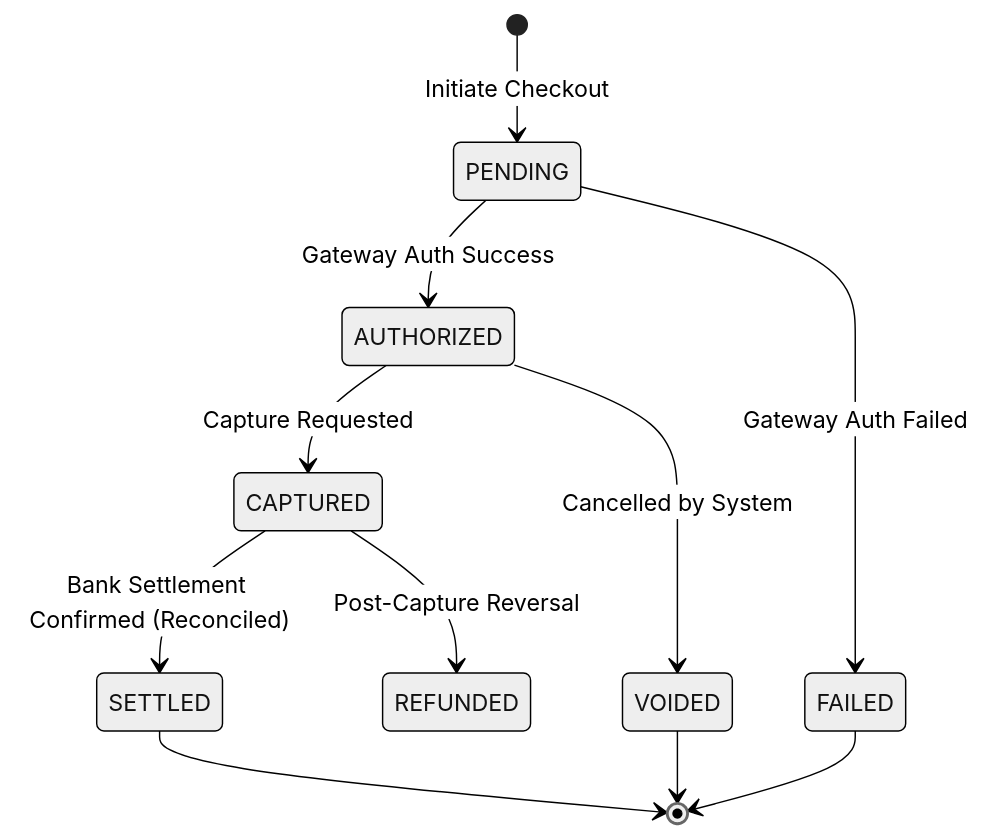
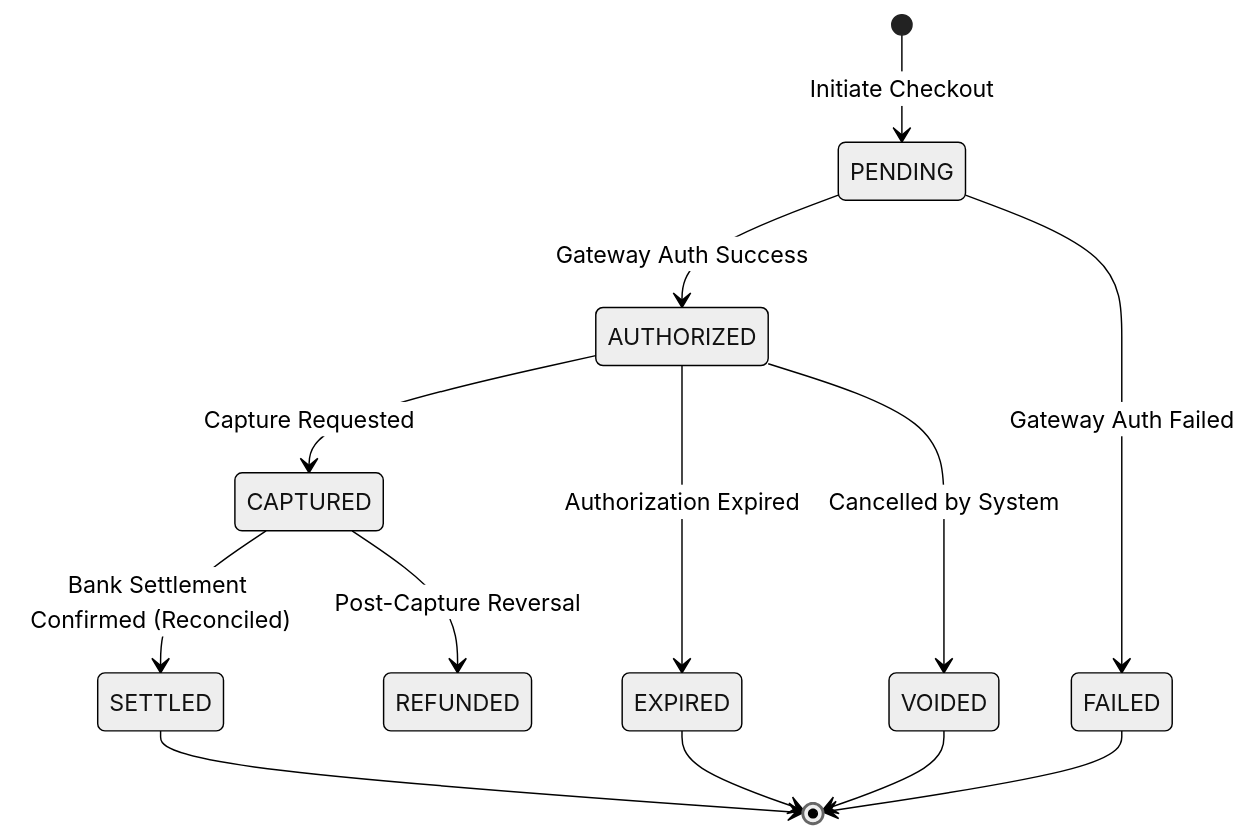
One commit to tuanhiep/tuanhiep.github.io changed the diagram in content/posts/series_2/4.global_payment_gateway_reconciliation.md. Above: the diagram before and after it, drawn with Mermaid (neutral theme). The commit also changed other lines of this file, not shown here.

Commit message:
Global Payment Gateway (4/4): Reconciliation & Settlement - The Architecture of Trust

````diff
--- a/content/posts/series_2/4.global_payment_gateway_reconciliation.md
+++ b/content/posts/series_2/4.global_payment_gateway_reconciliation.md
@@ -51,16 +51,18 @@
 ```mermaid
 stateDiagram-v2
     [*] --> PENDING: Initiate Checkout
     PENDING --> AUTHORIZED: Gateway Auth Success
     PENDING --> FAILED: Gateway Auth Failed
     
     AUTHORIZED --> CAPTURED: Capture Requested
+    AUTHORIZED --> EXPIRED: Authorization Expired
     AUTHORIZED --> VOIDED: Cancelled by System
     
     CAPTURED --> SETTLED: Bank Settlement Confirmed (Reconciled)
     CAPTURED --> REFUNDED: Post-Capture Reversal
     
     SETTLED --> [*]
     FAILED --> [*]
     VOIDED --> [*]
+    EXPIRED --> [*]
 ```
````
